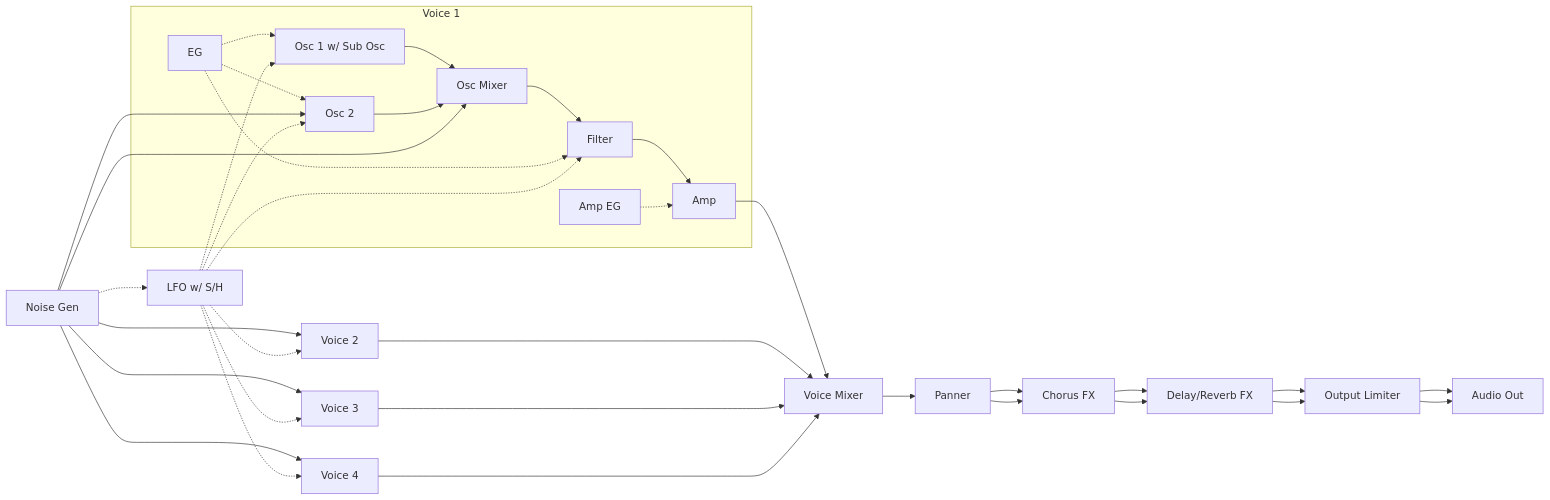
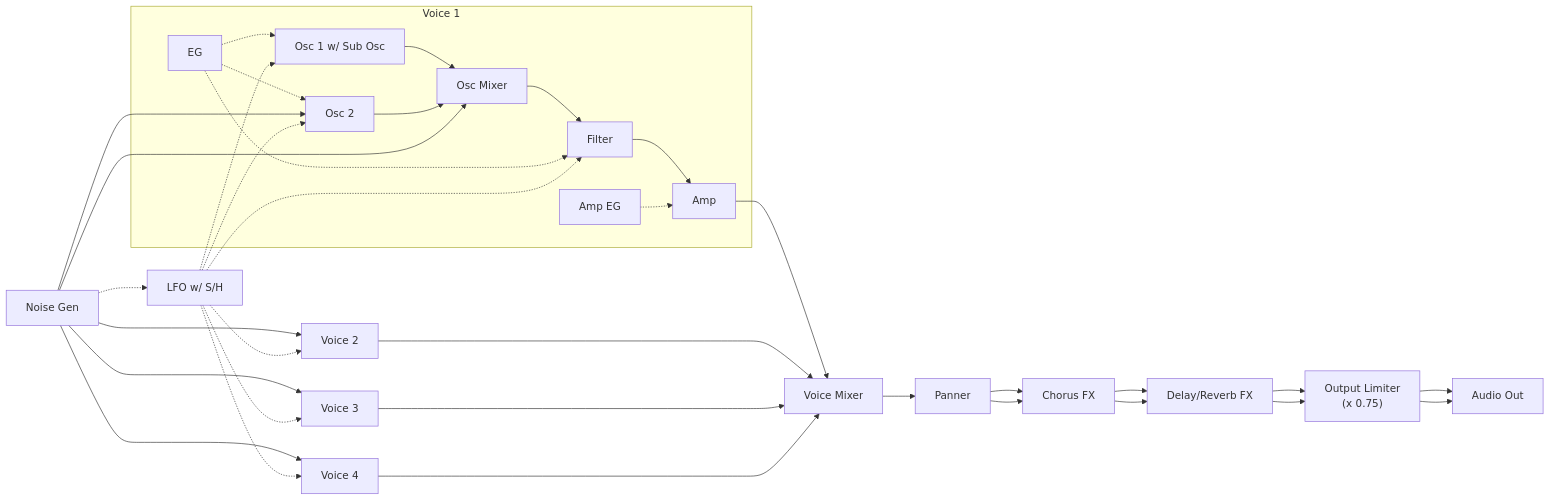
One commit to risgk/digital-synth-pra32-u2 changed the first of 3 diagrams in README.md. Above: the diagram before and after it, drawn with Mermaid. The commit also changed other lines of this file and 2 other files, not shown here.

Commit message:
Change the output level to 0.75 times (-2.5 dB) in the Output Limiter

````diff
--- a/README.md
+++ b/README.md
@@ -40,18 +41,18 @@
 ```mermaid
 graph LR
     subgraph V1[Voice 1]
         V1O1[Osc 1 w/ Sub Osc] --> V1OM[Osc Mixer]
         V1O2[Osc 2] --> V1OM
         V1OM --> V1F[Filter]
         V1F --> V1A[Amp]
         E[EG] -.-> V1O1 & V1O2 & V1F
         V1AE[Amp EG] -.-> V1A
     end
     V1A --> VM[Voice Mixer]
     V2[Voice 2] & V3[Voice 3] & V4[Voice 4] --> VM
-    VM --> P[Panner] --> C[Chorus FX] --> D[Delay/Reverb FX] --> OL[Output Limiter] --> AO[Audio Out]
+    VM --> P[Panner] --> C[Chorus FX] --> D[Delay/Reverb FX] --> OL["Output Limiter<br/>(x 0.75)"] --> AO[Audio Out]
     P --> C --> D --> OL --> AO
     N[Noise Gen]  --> V1O2 & V1OM & V2 & V3 & V4
     N -.-> L[LFO w/ S/H]
     L -.-> V1O1 & V1O2 & V1F & V2 & V3 & V4
 ```
````
